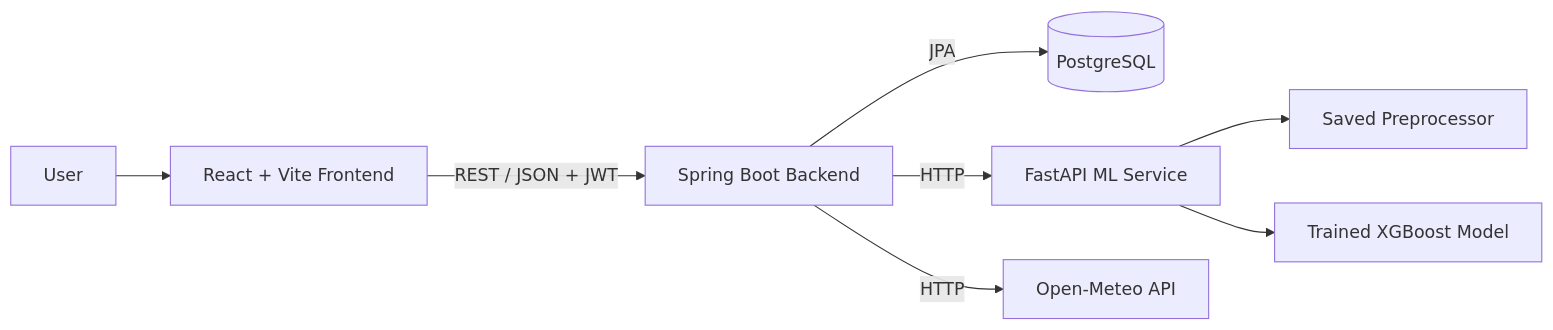
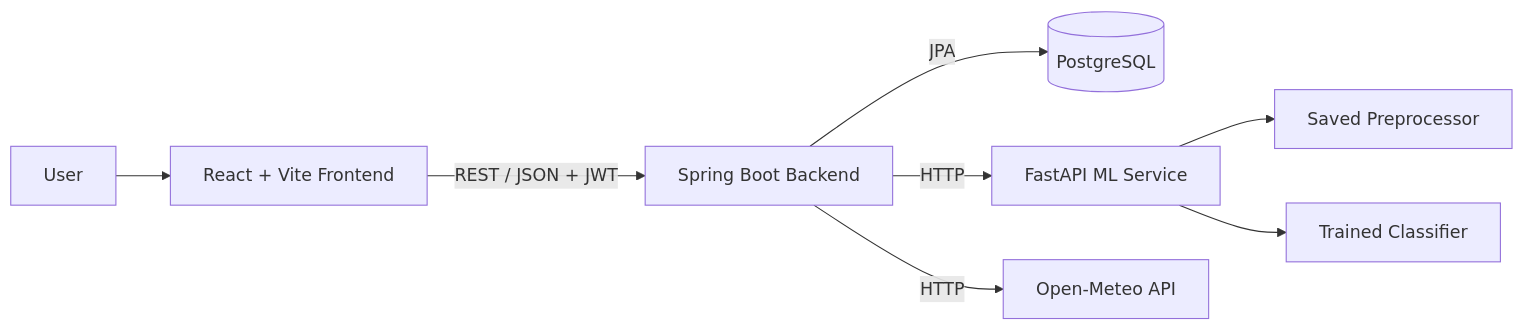
Before and after one commit to nikolasarafimov/agrisense-ai: the diagram in README.md, drawn with Mermaid. The commit also changed other lines of this file and 34 other files, not shown here.

````diff
--- a/README.md
+++ b/README.md
@@ -132,13 +153,13 @@
 ```mermaid
 flowchart LR
     U[User] --> F[React + Vite Frontend]
 
     F -->|REST / JSON + JWT| B[Spring Boot Backend]
 
     B -->|JPA| DB[(PostgreSQL)]
     B -->|HTTP| ML[FastAPI ML Service]
     B -->|HTTP| W[Open-Meteo API]
 
     ML --> P[Saved Preprocessor]
-    ML --> M[Trained XGBoost Model]
+    ML --> M[Trained Classifier]
 ```
````
